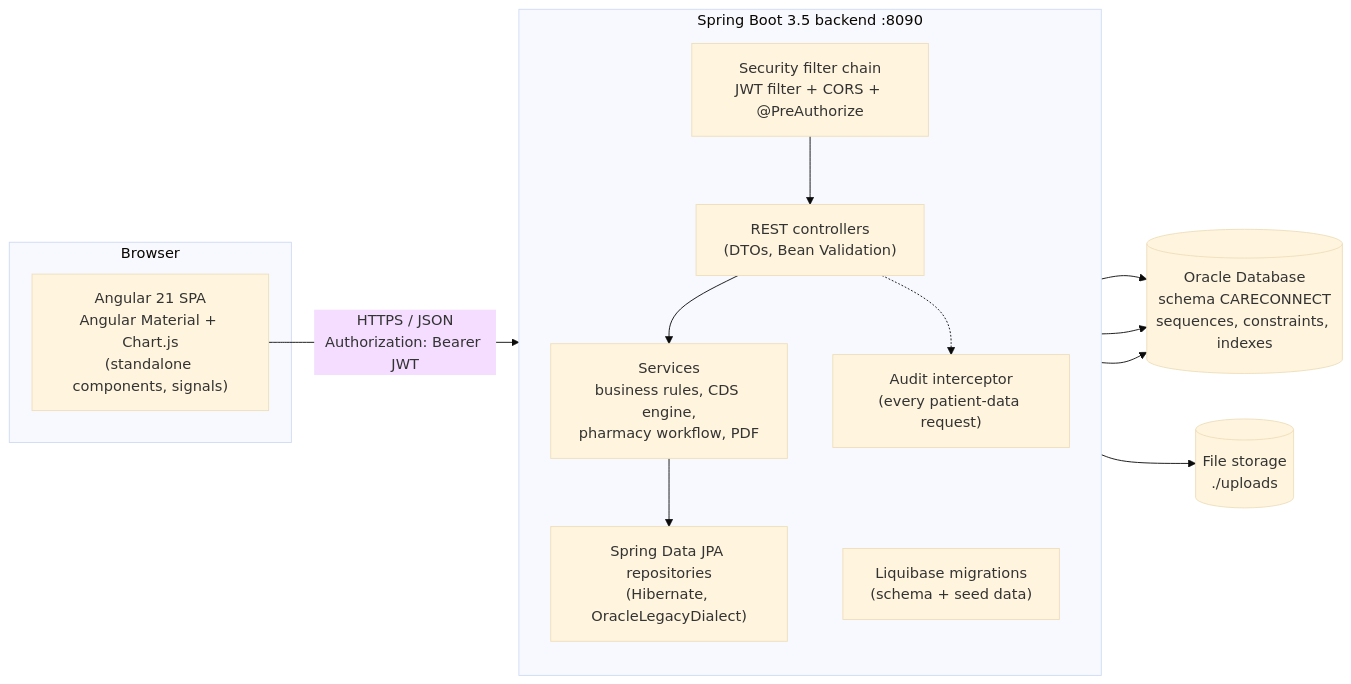
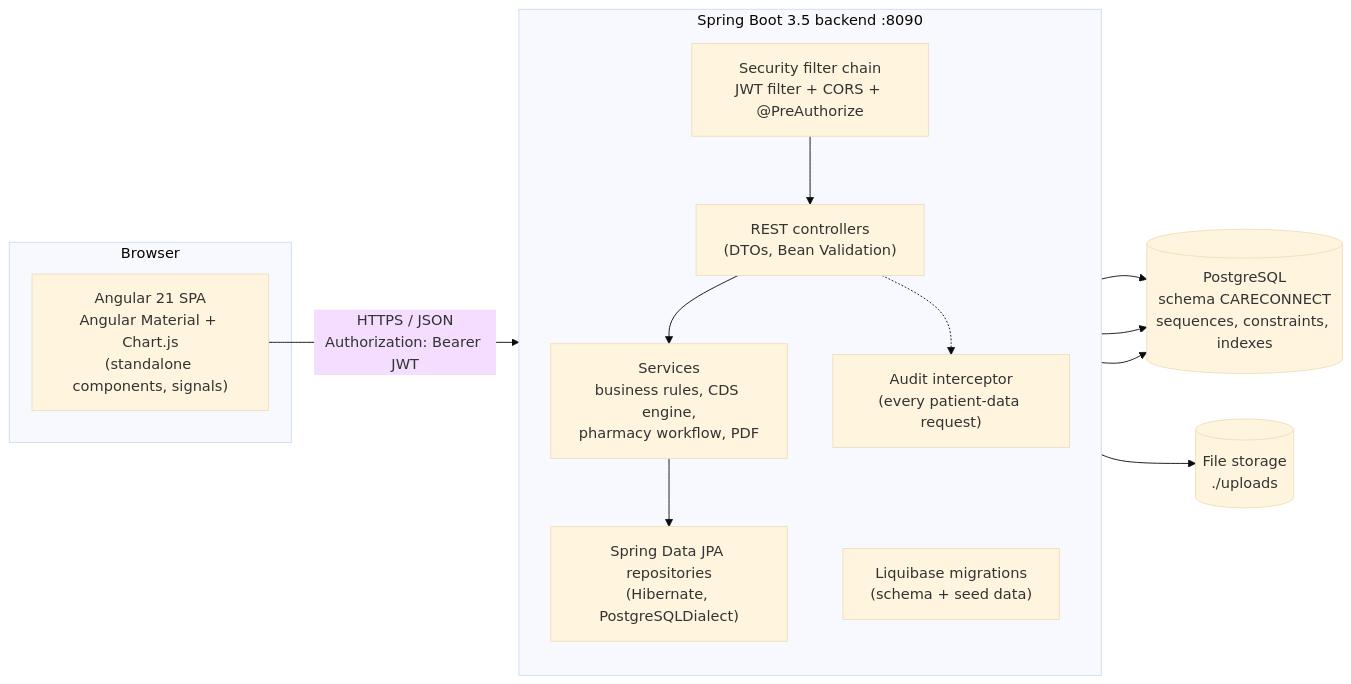
Before and after one commit to anandsingh1106/CareConnect-HCL-Project: the first of 8 diagrams in docs/architecture.md, drawn with Mermaid (base theme). The commit also changed other lines of this file and 18 other files, not shown here.

Commit message:
Migrate CareConnect database to PostgreSQL

````diff
--- a/docs/architecture.md
+++ b/docs/architecture.md
@@ -8,27 +8,27 @@
 ```mermaid
 flowchart LR
     subgraph Client["Browser"]
         UI["Angular 21 SPA<br/>Angular Material + Chart.js<br/>(standalone components, signals)"]
     end
 
     subgraph API["Spring Boot 3.5 backend :8090"]
         direction TB
         SEC["Security filter chain<br/>JWT filter + CORS + @PreAuthorize"]
         CTRL["REST controllers<br/>(DTOs, Bean Validation)"]
         SVC["Services<br/>business rules, CDS engine,<br/>pharmacy workflow, PDF"]
         AUD["Audit interceptor<br/>(every patient-data request)"]
-        REPO["Spring Data JPA repositories<br/>(Hibernate, OracleLegacyDialect)"]
+        REPO["Spring Data JPA repositories<br/>(Hibernate, PostgreSQLDialect)"]
         LQB["Liquibase migrations<br/>(schema + seed data)"]
         SEC --> CTRL --> SVC --> REPO
         CTRL -.-> AUD
     end
 
-    DB[("Oracle Database<br/>schema CARECONNECT<br/>sequences, constraints, indexes")]
+    DB[("PostgreSQL<br/>schema CARECONNECT<br/>sequences, constraints, indexes")]
     FS[("File storage<br/>./uploads")]
 
     UI -- "HTTPS / JSON<br/>Authorization: Bearer JWT" --> SEC
     REPO --> DB
     LQB --> DB
     AUD --> DB
     SVC --> FS
 ```
````
